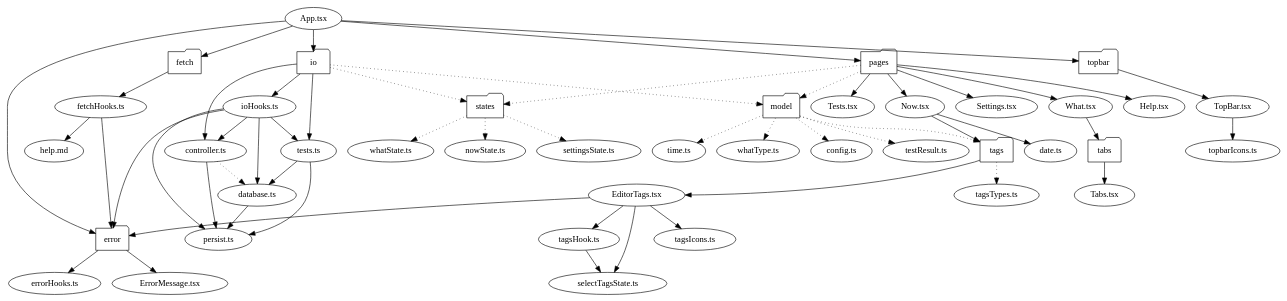
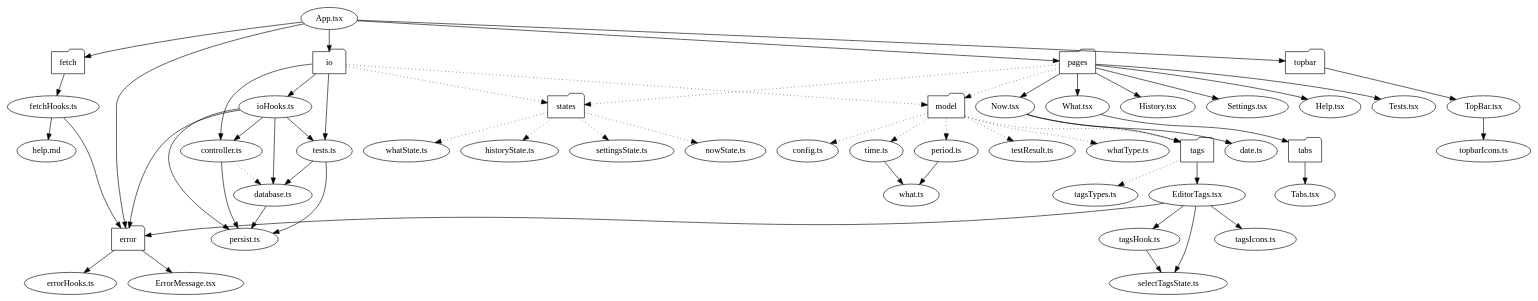
Before and after one commit to cwellsx/time: the diagram in dependencies/dependencies.dot, drawn with Graphviz. The commit also changed 14 other files, not shown here.

```diff
--- a/dependencies/dependencies.dot
+++ b/dependencies/dependencies.dot
@@ -1,64 +1,68 @@
 digraph SRC {
   "App.tsx" -> {"error" "fetch" "io" "pages" "topbar"};
 
   "error" [shape=folder];
   "fetch" [shape=folder];
   "io" [shape=folder];
   "model" [shape=folder];
   "pages" [shape=folder];
   "states" [shape=folder];
   "tabs" [shape=folder];
   "tags" [shape=folder];
   "topbar" [shape=folder];
   
   "error" -> {"ErrorMessage.tsx" "errorHooks.ts"};
   "ErrorMessage.tsx" -> {};
   "errorHooks.ts" -> {};
 
   "fetch" -> {"fetchHooks.ts"};
   "fetchHooks.ts" -> {"error" "help.md"}
   "help.md" -> {}
 
   "io" -> {"controller.ts" "ioHooks.ts" "tests.ts"};
   "io" -> {"model" "states"} [style=dotted];
   "controller.ts" -> {"persist.ts"};
   "controller.ts" -> {"database.ts"} [style=dotted];
   "database.ts" -> {"persist.ts"};
   "ioHooks.ts" -> {"controller.ts" "database.ts" "persist.ts" "tests.ts" "error"};
   "tests.ts" -> {"database.ts" "persist.ts"};
   "persist.ts" -> {}
 
-  "model" -> {"config.ts" "testResult.ts" "time.ts", "tags", "whatType.ts"} [style=dotted];
+  "model" -> {"config.ts" "period.ts" "testResult.ts" "time.ts" "tags" "whatType.ts"} [style=dotted];
   "config.ts" -> {};
+  "period.ts" -> {"what.ts"};
   "testResult.ts" -> {};
-  "time.ts" -> {};
+  "time.ts" -> {"what.ts"};
+  "what.ts" -> {};
   "whatType.ts" -> {};
 
-  "pages" -> {"Now.tsx" "Settings.tsx" "What.tsx" "Help.tsx" "Tests.tsx"};
+  "pages" -> {"Now.tsx" "What.tsx" "History.tsx" "Settings.tsx" "Help.tsx" "Tests.tsx"};
   "pages" -> {"model" "states"} [style=dotted];
   "date.ts" -> {};
   "Now.tsx" -> {"date.ts" "tags"};
+  "What.tsx" -> {"tabs"};
+  "History.tsx" -> {};
   "Settings.tsx" -> {};
-  "What.tsx" -> {"tabs"};
   "Help.tsx" -> {};
   "Tests.tsx" -> {};
 
-  "states" -> {"nowState.ts" "settingsState.ts" "whatState.ts"} [style=dotted];
+  "states" -> {"nowState.ts" "whatState.ts" "historyState.ts" "settingsState.ts"} [style=dotted];
   "nowState.ts" -> {};
+  "whatState.ts" -> {};
+  "historyState.ts" -> {};
   "settingsState.ts" -> {};
-  "whatState.ts" -> {};
 
   "tabs" -> {"Tabs.tsx"};
   "Tabs.tsx" -> {};
 
   "tags" -> {"EditorTags.tsx"};
   "tags" -> {"tagsTypes.ts"} [style=dotted];
   "EditorTags.tsx" -> {"error" "selectTagsState.ts" "tagsHook.ts" "tagsIcons.ts"};
   "tagsHook.ts" -> {"selectTagsState.ts"};
   "tagsIcons.ts" -> {};
   "tagsTypes.ts" -> {};
 
   "topbar" -> {"TopBar.tsx"};
   "TopBar.tsx" -> {"topbarIcons.ts"};
   "topbarIcons.ts" -> {};
 }
```
